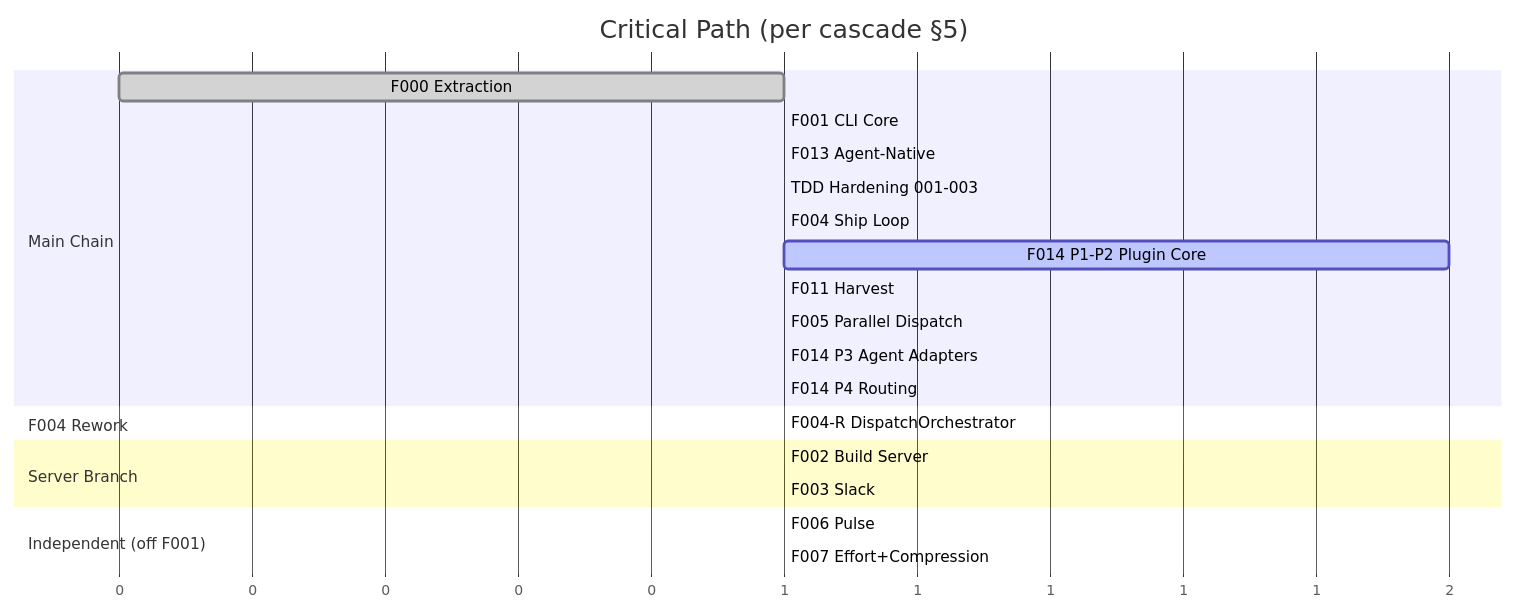
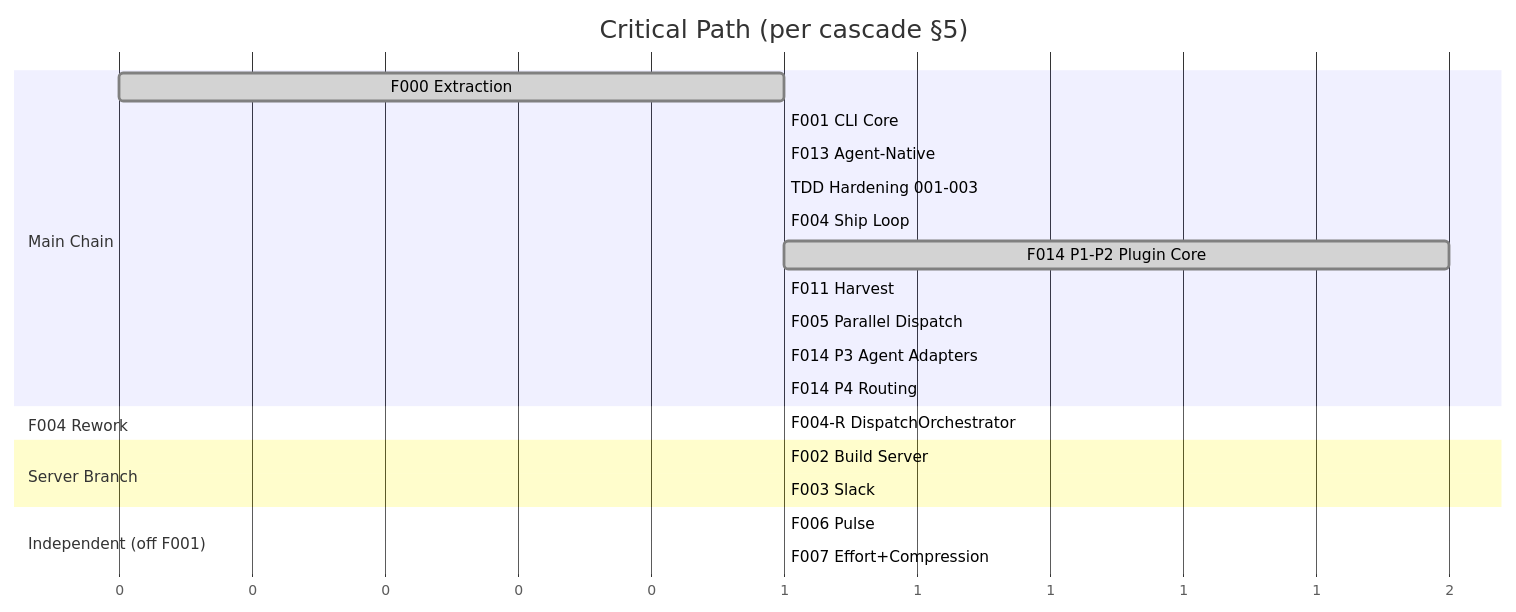
One commit to gforge-esc/gwrk changed the second of 2 diagrams in specs/000-build-plan.md. Above: the diagram before and after it, drawn with Mermaid. The commit also changed other lines of this file, not shown here.

Commit message:
docs: mark F014 plugin system as complete in build plan

````diff
--- a/specs/000-build-plan.md
+++ b/specs/000-build-plan.md
@@ -61,29 +61,29 @@
 ```mermaid
 gantt
     title Critical Path (per cascade §5)
     dateFormat X
     axisFormat %s
 
     section Main Chain
     F000 Extraction          :done,    f000, 0, 1
     F001 CLI Core            :done,    f001, after f000, 1
     F013 Agent-Native        :done,    f013, after f001, 1
     TDD Hardening 001-003   :done,    tdd,  after f013, 1
     F004 Ship Loop           :done,    f004, after tdd, 1
-    F014 P1-P2 Plugin Core   :active,  f014p12, after f001, 2
+    F014 P1-P2 Plugin Core   :done,    f014p12, after f001, 2
     F011 Harvest             :         f011, after f004, 1
     F005 Parallel Dispatch   :         f005, after f014p12, 1
-    F014 P3 Agent Adapters   :         f014p3, after f005, 1
-    F014 P4 Routing          :         f014p4, after f014p3, 1
+    F014 P3 Agent Adapters   :done,    f014p3, after f005, 1
+    F014 P4 Routing          :done,    f014p4, after f014p3, 1
 
     section F004 Rework
     F004-R DispatchOrchestrator :      f004r, after f004, 1
 
     section Server Branch
     F002 Build Server        :done,    f002, after tdd, 1
     F003 Slack               :done,    f003, after f002, 1
 
     section Independent (off F001)
     F006 Pulse               :         f006, after f001, 1
     F007 Effort+Compression  :         f007, after f001, 1
 ```
````
